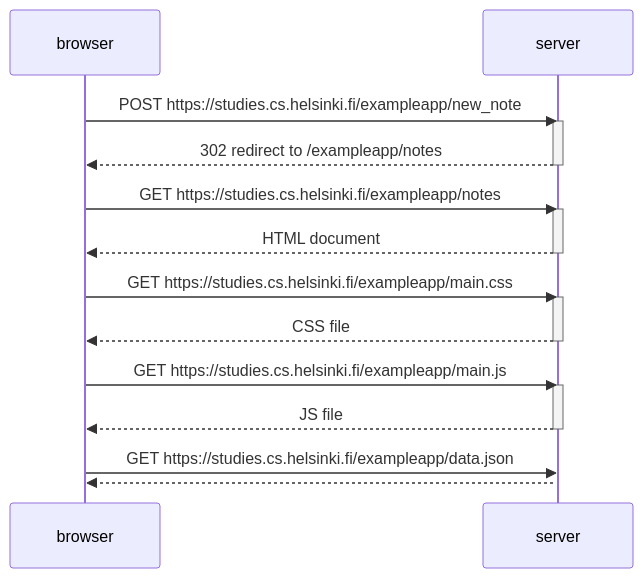
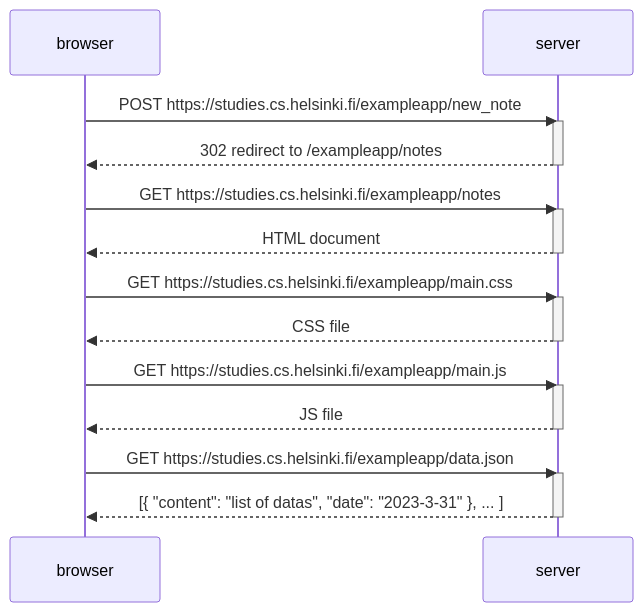
One commit to bilalabdelkadir/FullstackOpen changed the diagram in part 0/NewNoteDiagram.md. Above: the diagram before and after it, drawn with Mermaid.

Commit message:
fixed some issue

````diff
--- a/part 0/NewNoteDiagram.md
+++ b/part 0/NewNoteDiagram.md
@@ -1,28 +1,28 @@
 ```mermaid
 sequenceDiagram
     participant browser
     participant server
 
     browser->>server: POST https://studies.cs.helsinki.fi/exampleapp/new_note
     activate server
     server-->>browser: 302 redirect to /exampleapp/notes
     deactivate server
 
     browser->>server: GET https://studies.cs.helsinki.fi/exampleapp/notes
     activate server
     server-->>browser: HTML document
     deactivate server
 
     browser->>server: GET https://studies.cs.helsinki.fi/exampleapp/main.css
     activate server
     server-->>browser: CSS file
     deactivate server
     browser->>server: GET https://studies.cs.helsinki.fi/exampleapp/main.js
     activate server
     server-->>browser: JS file
     deactivate server
     browser->>server: GET https://studies.cs.helsinki.fi/exampleapp/data.json
     activate server
-    server-->>browser:
-
+    server-->>browser: [{ "content": "list of datas", "date": "2023-3-31" }, ... ]
+    deactivate server
 ```
````
